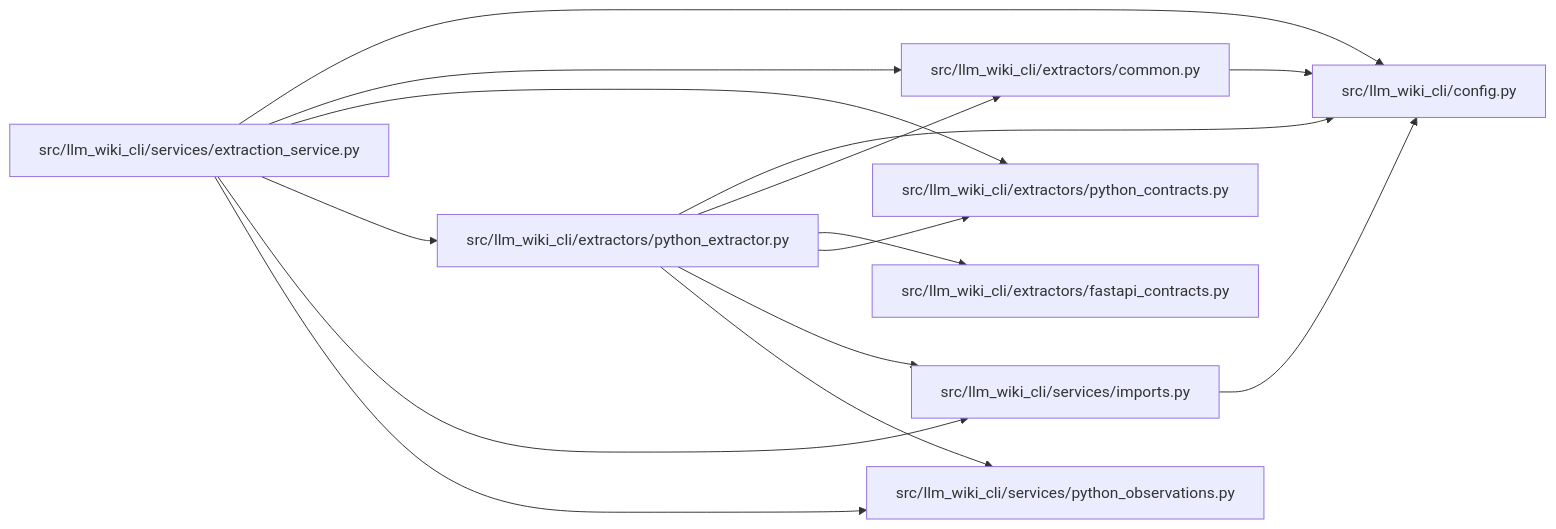
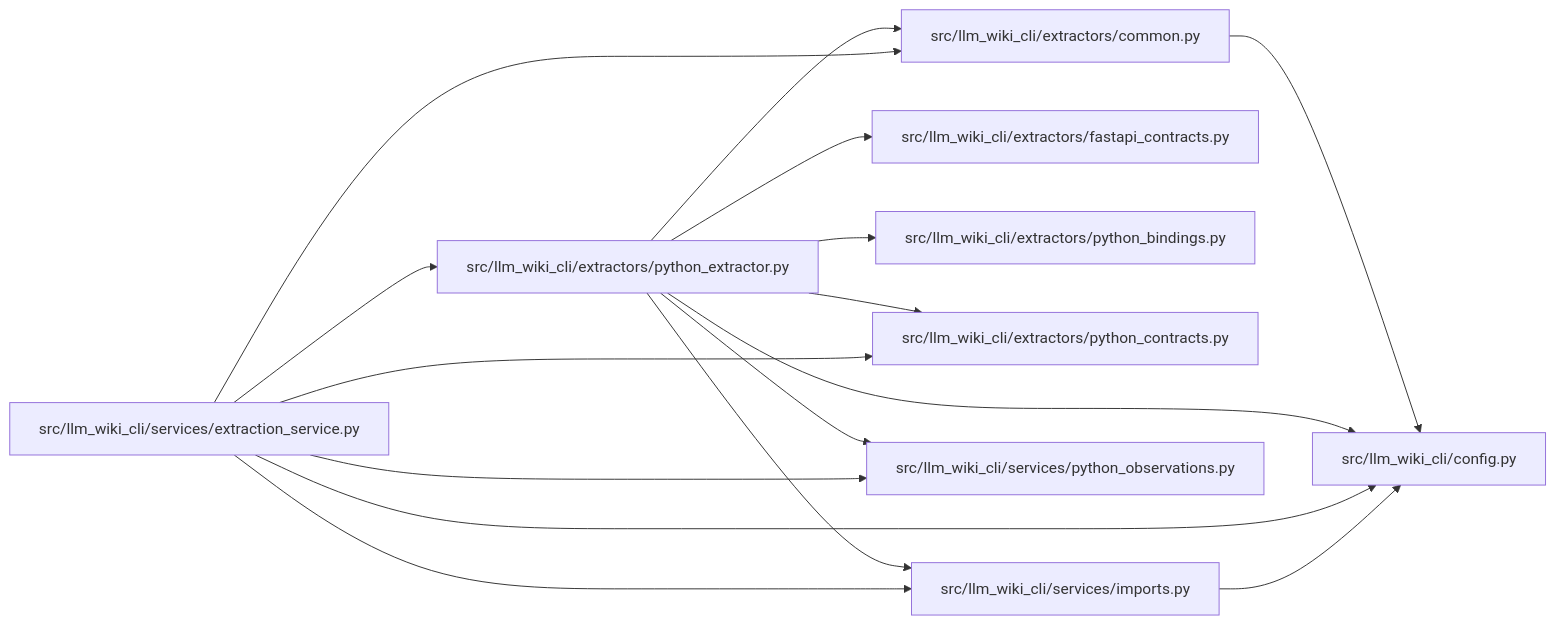
The diagram in docs/llm_wiki/modules/python_extractor.md (Denissvgn/python-wiki-llm), drawn with Mermaid before and after one commit. The commit also changed other lines of this file and 719 other files, not shown here.

````diff
--- a/docs/llm_wiki/modules/python_extractor.md
+++ b/docs/llm_wiki/modules/python_extractor.md
@@ -27,33 +28,36 @@
 ```mermaid
 flowchart LR
     n0["src/llm_wiki_cli/config.py"]
     n1["src/llm_wiki_cli/extractors/common.py"]
     n2["src/llm_wiki_cli/extractors/fastapi_contracts.py"]
-    n3["src/llm_wiki_cli/extractors/python_contracts.py"]
-    n4["src/llm_wiki_cli/extractors/python_extractor.py"]
-    n5["src/llm_wiki_cli/services/extraction_service.py"]
-    n6["src/llm_wiki_cli/services/imports.py"]
-    n7["src/llm_wiki_cli/services/python_observations.py"]
+    n3["src/llm_wiki_cli/extractors/python_bindings.py"]
+    n4["src/llm_wiki_cli/extractors/python_contracts.py"]
+    n5["src/llm_wiki_cli/extractors/python_extractor.py"]
+    n6["src/llm_wiki_cli/services/extraction_service.py"]
+    n7["src/llm_wiki_cli/services/imports.py"]
+    n8["src/llm_wiki_cli/services/python_observations.py"]
     n1 --> n0
-    n4 --> n0
-    n4 --> n1
-    n4 --> n2
-    n4 --> n3
-    n4 --> n6
-    n4 --> n7
     n5 --> n0
     n5 --> n1
+    n5 --> n2
     n5 --> n3
     n5 --> n4
-    n5 --> n6
     n5 --> n7
+    n5 --> n8
     n6 --> n0
+    n6 --> n1
+    n6 --> n4
+    n6 --> n5
+    n6 --> n7
+    n6 --> n8
+    n7 --> n0
     click n0 "../modules/config.md"
     click n1 "../modules/common.md"
     click n2 "../modules/fastapi_contracts.md"
-    click n3 "../modules/python_contracts.md"
-    click n4 "../modules/python_extractor.md"
-    click n5 "../modules/extraction_service.md"
-    click n6 "../modules/imports.md"
-    click n7 "../modules/python_observations.md"
+    click n3 "../modules/python_bindings.md"
+    click n4 "../modules/python_contracts.md"
+    click n5 "../modules/python_extractor.md"
+    click n6 "../modules/extraction_service.md"
+    click n7 "../modules/imports.md"
+    click n8 "../modules/python_observations.md"
 ```
````
